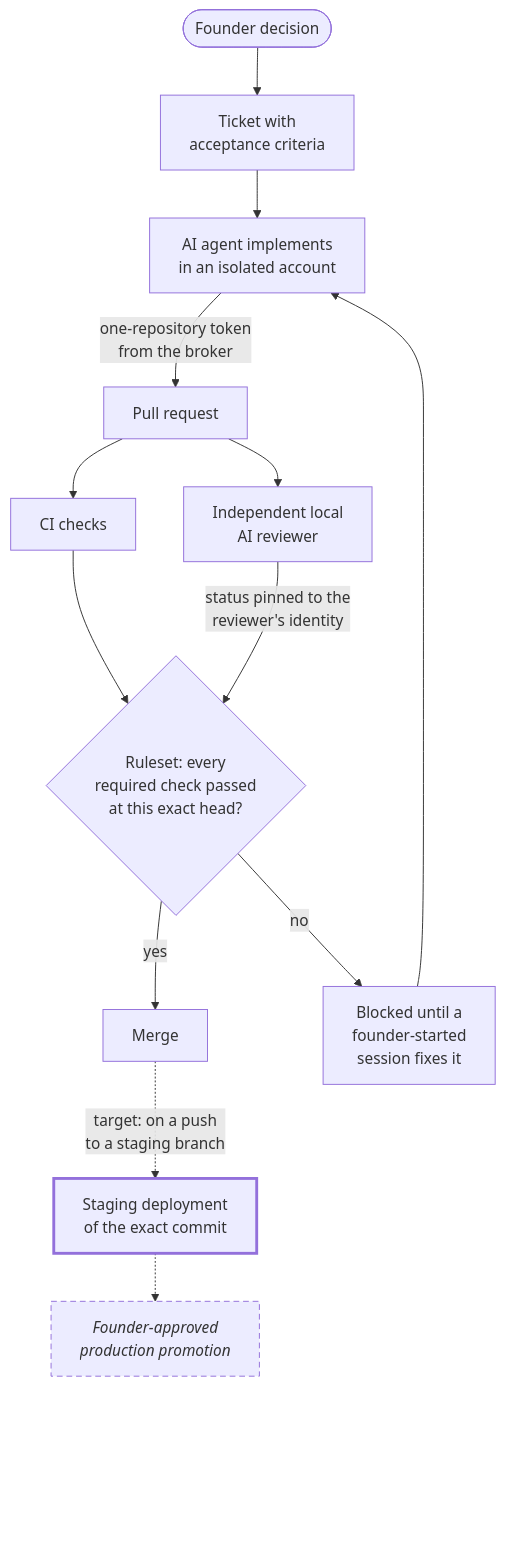
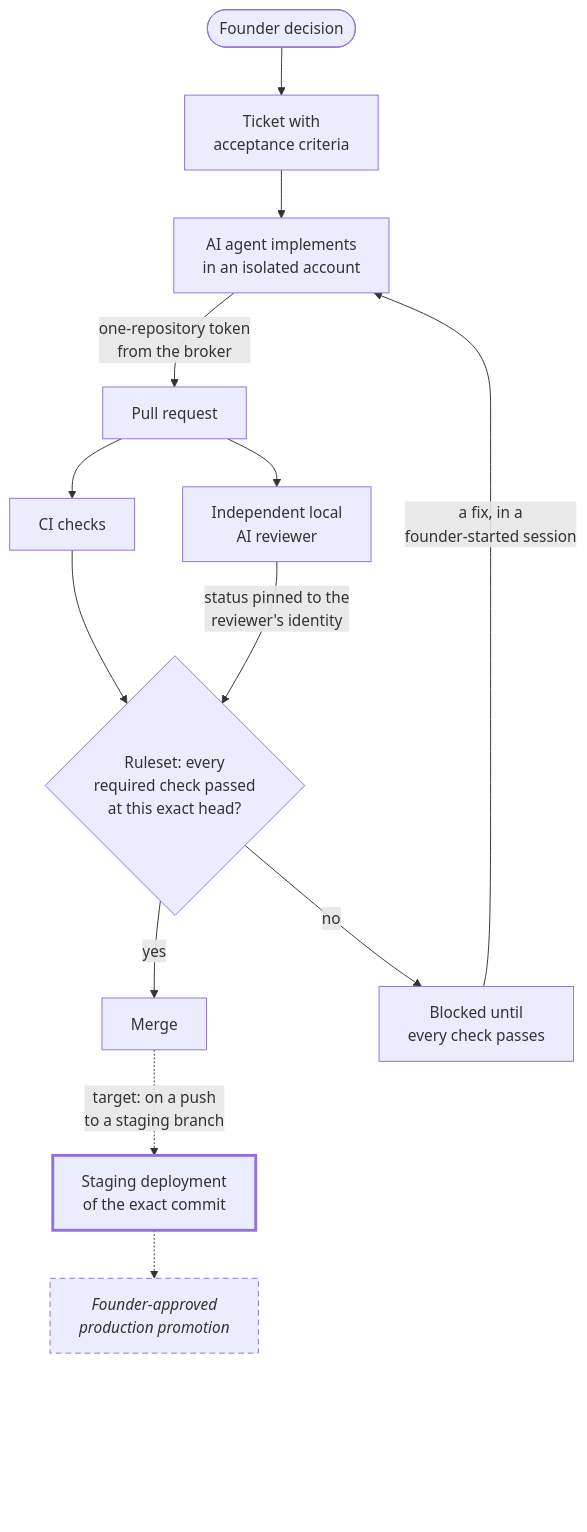
One commit to mk-global/engineering-showcase changed the diagram in README.md. Above: the diagram before and after it, drawn with Mermaid.

Commit message:
Keep the README's blocked state accurate: a re-run can also unblock (#6)
A blocked pull request passes when every check passes, which a CI re-run
or a re-review can achieve without new code; the return edge to the
agent is the fix path, in a session the founder starts.

````diff
--- a/README.md
+++ b/README.md
@@ -48,25 +48,25 @@
 ```mermaid
 flowchart TD
     founder(["Founder decision"]) --> ticket["Ticket with<br/>acceptance criteria"]
     ticket --> agent["AI agent implements<br/>in an isolated account"]
     agent -->|"one-repository token<br/>from the broker"| pr["Pull request"]
     pr --> ci["CI checks"]
     pr --> review["Independent local<br/>AI reviewer"]
     ci --> gate{"Ruleset: every<br/>required check passed<br/>at this exact head?"}
     review -->|"status pinned to the<br/>reviewer's identity"| gate
     gate -->|"yes"| merge["Merge"]
-    gate -->|"no"| blocked["Blocked until a<br/>founder-started<br/>session fixes it"]
-    blocked --> agent
+    gate -->|"no"| blocked["Blocked until<br/>every check passes"]
+    blocked -->|"a fix, in a<br/>founder-started session"| agent
     merge -.->|"target: on a push<br/>to a staging branch"| staging["Staging deployment<br/>of the exact commit"]
     staging -.-> prod["Founder-approved<br/>production promotion"]
     %% An invisible spacer keeps the last node clear of the pan and zoom
     %% controls GitHub draws over the bottom-right corner on narrow screens.
     prod ~~~ spacer["<br/><br/><br/><br/>"]
 
     classDef notinservice stroke-width:3px;
     classDef planned stroke-dasharray: 6 4,font-style:italic;
     classDef spacer fill:none,stroke:none;
     class staging notinservice;
     class prod planned;
     class spacer spacer;
 ```
````
